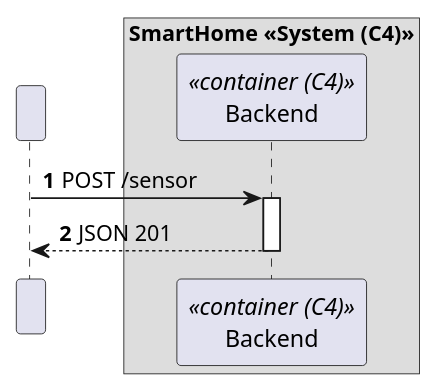
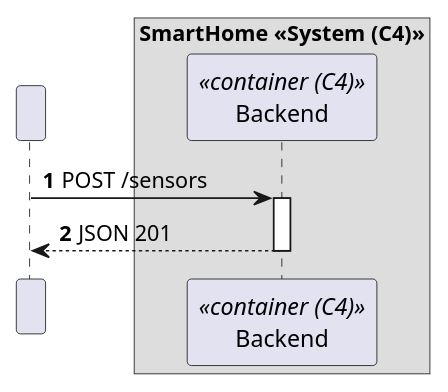
One commit to moutajDev/smarthome changed the diagram in docs/C4_4plus1_models/Level2/ProcessView/ProcessViewLevel2_UC07.puml. Above: the diagram before and after it, drawn with PlantUML. The commit also changed 17 other files, not shown here.

```diff
--- a/docs/C4_4plus1_models/Level2/ProcessView/ProcessViewLevel2_UC07.puml
+++ b/docs/C4_4plus1_models/Level2/ProcessView/ProcessViewLevel2_UC07.puml
@@ -1,19 +1,19 @@
 @startuml
 'https://plantuml.com/sequence-diagram
 !pragma layout smetana
 
 autonumber
 
 participant " " as HTTP
 
 box "SmartHome <<System (C4)>>"
     participant "Backend" as BE<<container (C4)>>
 end box
 
-HTTP -> BE : POST /sensor
+HTTP -> BE : POST /sensors
 activate BE
 
 BE --> HTTP : JSON 201
 deactivate BE
 
 @enduml
```
